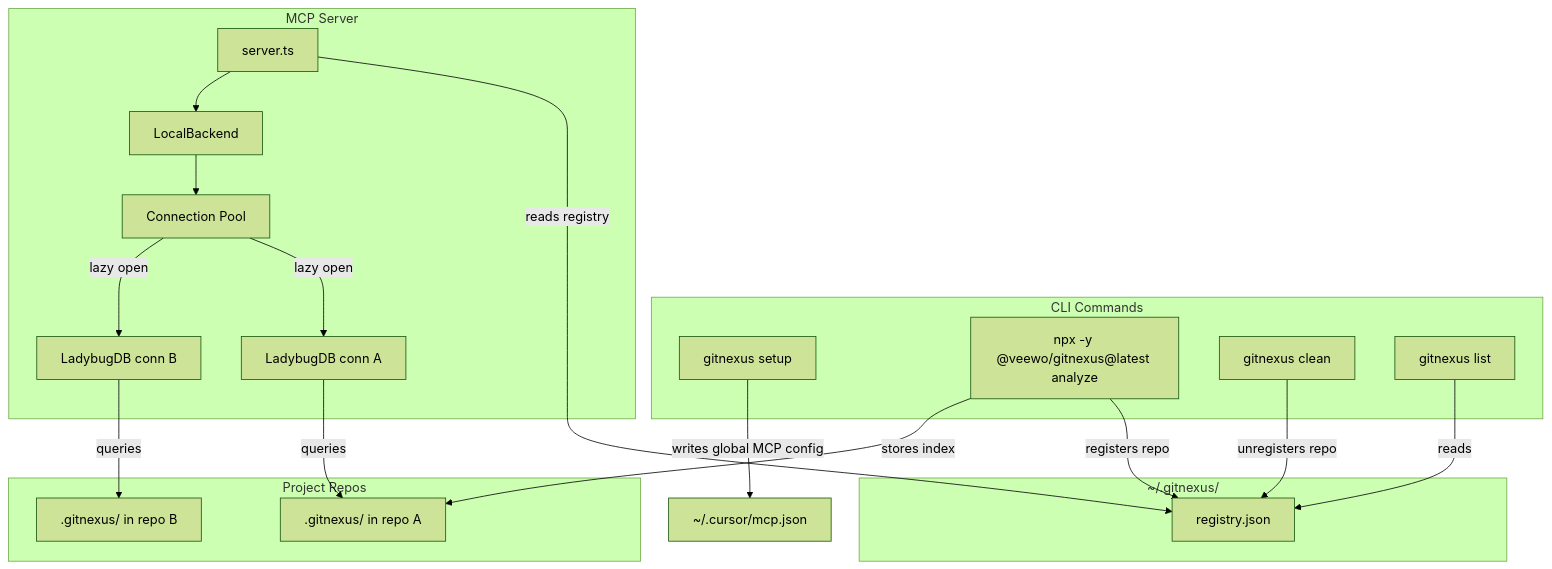
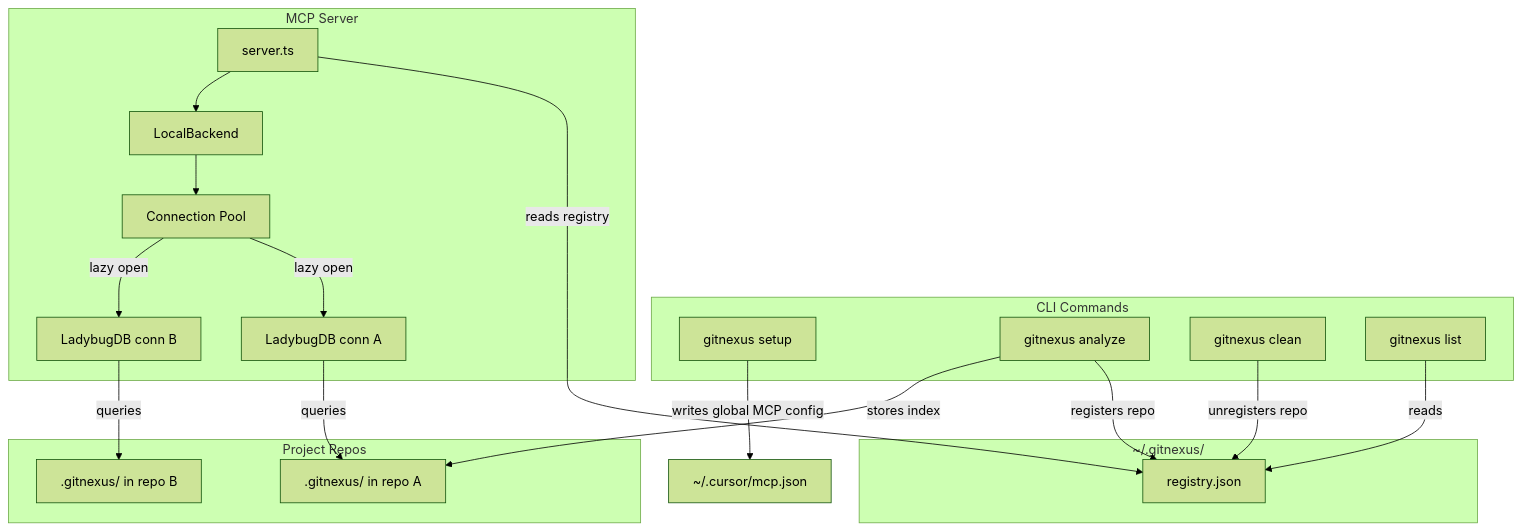
Before and after one commit to Ramtinhoss/GitNexus: the first of 2 diagrams in README.md, drawn with Mermaid (forest theme). The commit also changed other lines of this file and 45 other files, not shown here.

````diff
--- a/README.md
+++ b/README.md
@@ -214,39 +217,39 @@
 ```mermaid
 flowchart TD
     subgraph CLI [CLI Commands]
         Setup["gitnexus setup"]
-        Analyze["npx -y @veewo/gitnexus@latest analyze"]
+        Analyze["gitnexus analyze"]
         Clean["gitnexus clean"]
         List["gitnexus list"]
     end
 
     subgraph Registry ["~/.gitnexus/"]
         RegFile["registry.json"]
     end
 
     subgraph Repos [Project Repos]
         RepoA[".gitnexus/ in repo A"]
         RepoB[".gitnexus/ in repo B"]
     end
 
     subgraph MCP [MCP Server]
         Server["server.ts"]
         Backend["LocalBackend"]
         Pool["Connection Pool"]
         ConnA["LadybugDB conn A"]
         ConnB["LadybugDB conn B"]
     end
 
     Setup -->|"writes global MCP config"| CursorConfig["~/.cursor/mcp.json"]
     Analyze -->|"registers repo"| RegFile
     Analyze -->|"stores index"| RepoA
     Clean -->|"unregisters repo"| RegFile
     List -->|"reads"| RegFile
     Server -->|"reads registry"| RegFile
     Server --> Backend
     Backend --> Pool
     Pool -->|"lazy open"| ConnA
     Pool -->|"lazy open"| ConnB
     ConnA -->|"queries"| RepoA
     ConnB -->|"queries"| RepoB
 ```
````
